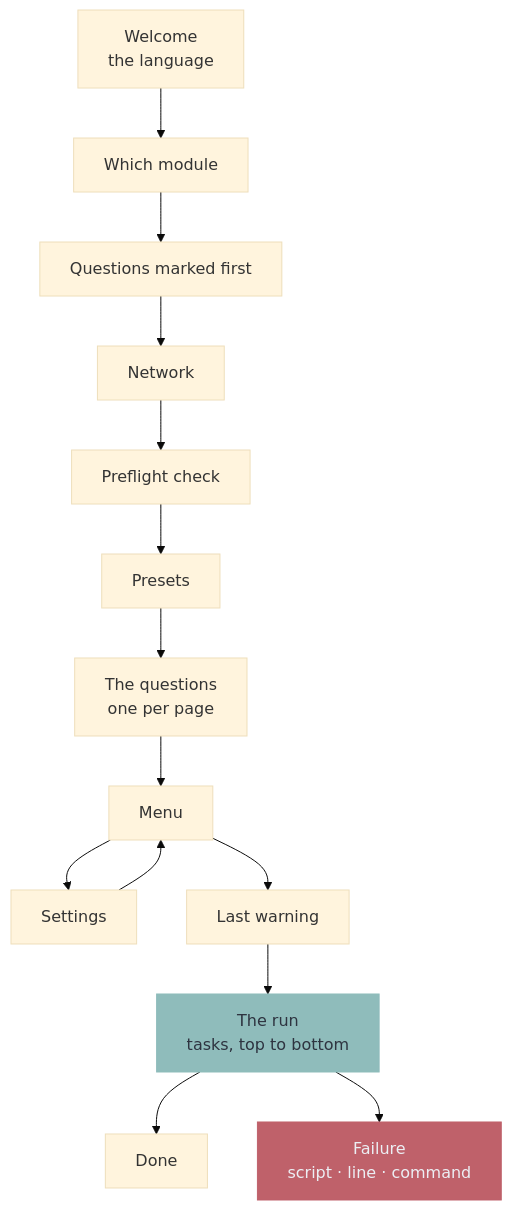
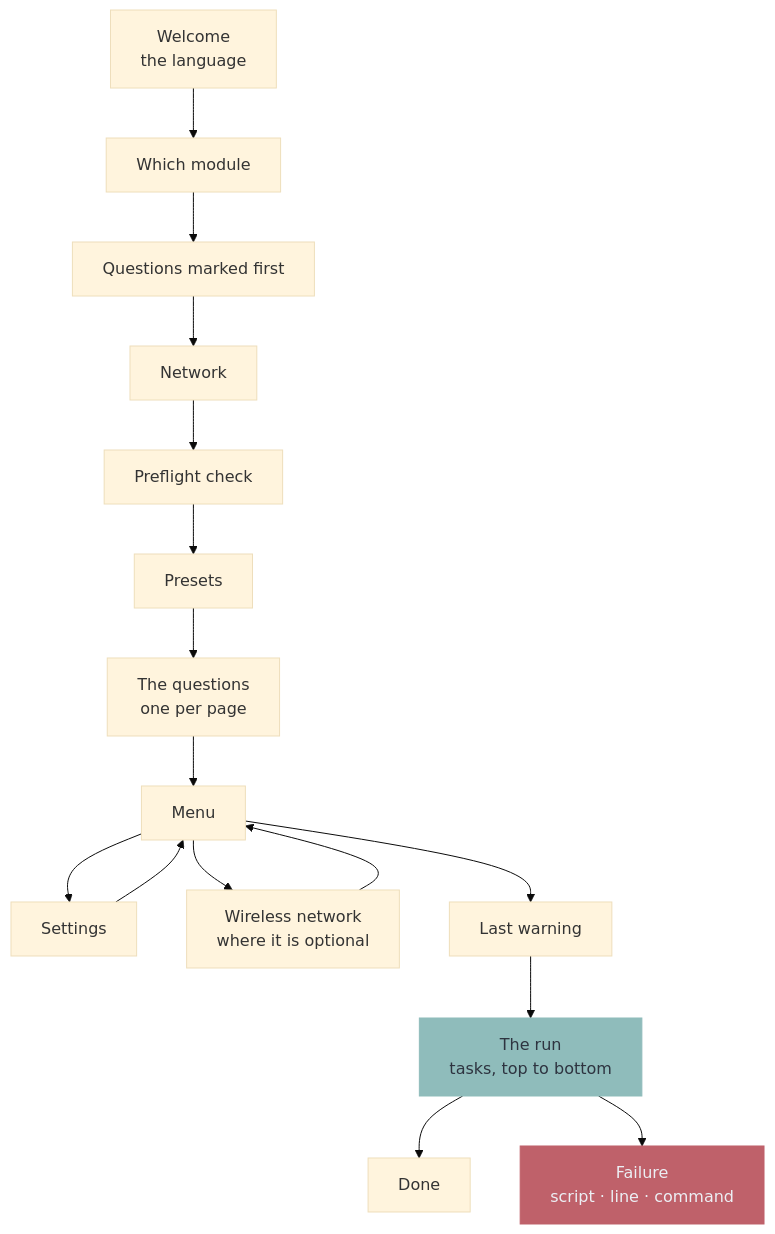
Before and after one commit to murkl/oak: the second of 3 diagrams in docs/README.md, drawn with Mermaid (base theme). The commit also changed 30 other files, not shown here.

````diff
--- a/docs/README.md
+++ b/docs/README.md
@@ -76,14 +76,15 @@
 ```mermaid
 flowchart TD
     L["Welcome<br/>the language"] --> W["Which module"] --> Q1["Questions marked first"]
     Q1 --> N["Network"] --> P["Preflight check"] --> PR["Presets"]
     PR --> Q["The questions<br/>one per page"]
     Q --> H["Menu"]
     H --> SE["Settings"] --> H
+    H --> NW["Wireless network<br/>where it is optional"] --> H
     H --> CF["Last warning"] --> R["The run<br/>tasks, top to bottom"]
     R --> OK["Done"]
     R --> ER["Failure<br/>script · line · command"]
 
     style ER fill:#bf616a,stroke:#bf616a,color:#eceff4
     style R fill:#8fbcbb,stroke:#8fbcbb,color:#2e3440
 ```
````
